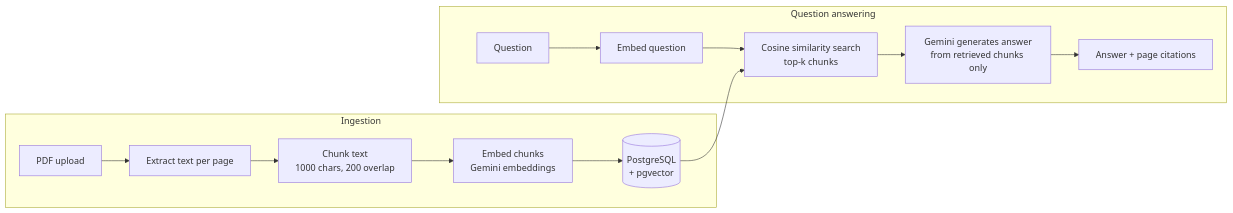
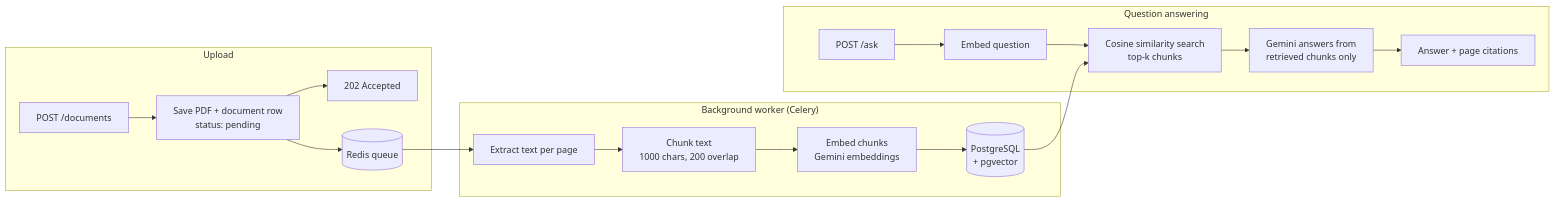
Before and after one commit to AdityaPandaaditya/rag-api: the diagram in README.md, drawn with Mermaid. The commit also changed other lines of this file, not shown here.

Commit message:
Update README for Docker, Celery and Redis

````diff
--- a/README.md
+++ b/README.md
@@ -9,16 +9,21 @@
 ```mermaid
 flowchart LR
-    subgraph Ingestion
-        A[PDF upload] --> B[Extract text per page]
-        B --> C[Chunk text<br/>1000 chars, 200 overlap]
-        C --> D[Embed chunks<br/>Gemini embeddings]
-        D --> E[(PostgreSQL<br/>+ pgvector)]
+    subgraph Upload
+        A["POST /documents"] --> B["Save PDF + document row<br/>status: pending"]
+        B --> C["202 Accepted"]
+        B --> Q[("Redis queue")]
     end
-    subgraph Question answering
-        Q[Question] --> F[Embed question]
-        F --> G[Cosine similarity search<br/>top-k chunks]
-        E --> G
-        G --> H[Gemini generates answer<br/>from retrieved chunks only]
-        H --> I[Answer + page citations]
+    subgraph "Background worker (Celery)"
+        Q --> W1["Extract text per page"]
+        W1 --> W2["Chunk text<br/>1000 chars, 200 overlap"]
+        W2 --> W3["Embed chunks<br/>Gemini embeddings"]
+        W3 --> DB[("PostgreSQL<br/>+ pgvector")]
+    end
+    subgraph "Question answering"
+        Ask["POST /ask"] --> E["Embed question"]
+        E --> S["Cosine similarity search<br/>top-k chunks"]
+        DB --> S
+        S --> G["Gemini answers from<br/>retrieved chunks only"]
+        G --> R["Answer + page citations"]
     end
 ```
````
